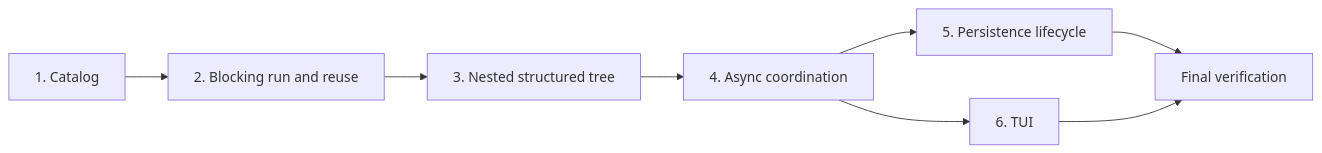
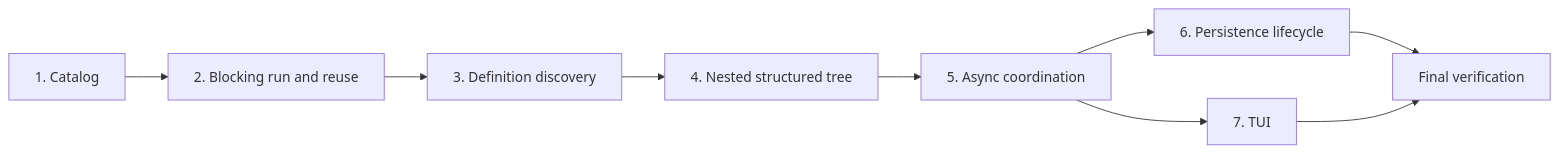
The diagram in docs/agent-tasks/subagent-extension/PLAN.md (nostalfinals/cooperate), drawn with Mermaid before and after one commit. The commit also changed other lines of this file and 1 other file, not shown here.

Commit message:
docs: plan subagent definition discovery

````diff
--- a/docs/agent-tasks/subagent-extension/PLAN.md
+++ b/docs/agent-tasks/subagent-extension/PLAN.md
@@ -51,10 +37,11 @@
 ```mermaid
 flowchart LR
     S1["1. Catalog"] --> S2["2. Blocking run and reuse"]
-    S2 --> S3["3. Nested structured tree"]
-    S3 --> S4["4. Async coordination"]
-    S4 --> S5["5. Persistence lifecycle"]
-    S4 --> S6["6. TUI"]
-    S5 --> V["Final verification"]
-    S6 --> V
+    S2 --> S3["3. Definition discovery"]
+    S3 --> S4["4. Nested structured tree"]
+    S4 --> S5["5. Async coordination"]
+    S5 --> S6["6. Persistence lifecycle"]
+    S5 --> S7["7. TUI"]
+    S6 --> V["Final verification"]
+    S7 --> V
 ```
````
